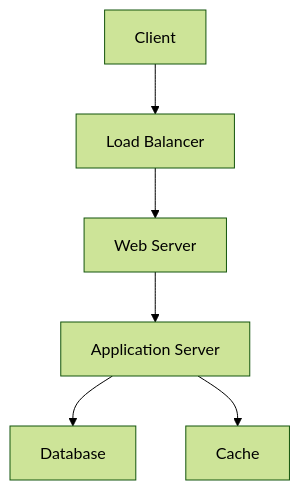
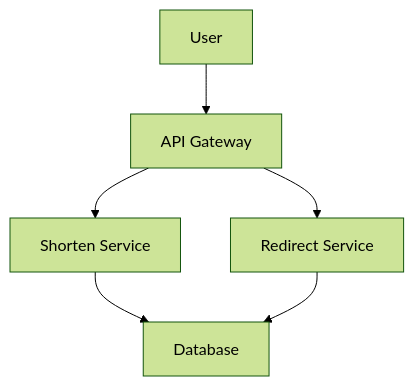
Before and after one commit to VrushankPatel/interview-matters: the first of 2 diagrams in lld-hld-basics/README.md, drawn with Mermaid (forest theme). The commit also changed other lines of this file and 4 other files, not shown here.

````diff
--- a/lld-hld-basics/README.md
+++ b/lld-hld-basics/README.md
@@ -74,8 +53,8 @@
 ```mermaid
 graph TD
-    A[Client] --> B[Load Balancer]
-    B --> C[Web Server]
-    C --> D[Application Server]
-    D --> E[Database]
-    D --> F[Cache]
+    A[User] --> B[API Gateway]
+    B --> C[Shorten Service]
+    B --> D[Redirect Service]
+    C --> E[Database]
+    D --> E
 ```
````
